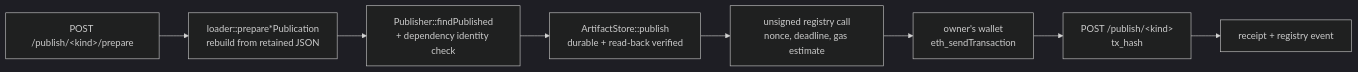
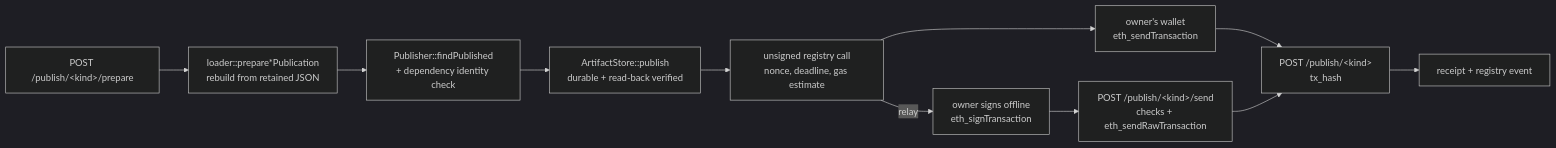
The diagram in src/publish/README.md (decentralised-art/chain-backend), drawn with Mermaid (dark theme) before and after one commit. The commit also changed other lines of this file and 22 other files, not shown here.

````diff
--- a/src/publish/README.md
+++ b/src/publish/README.md
@@ -9,10 +9,13 @@
 ```mermaid
 flowchart LR
     Prepare["POST /publish/&lt;kind&gt;/prepare"] --> Rebuild["loader::prepare*Publication<br/>rebuild from retained JSON"]
     Rebuild --> Check["Publisher::findPublished<br/>+ dependency identity check"]
     Check --> Upload["ArtifactStore::publish<br/>durable + read-back verified"]
     Upload --> Tx["unsigned registry call<br/>nonce, deadline, gas estimate"]
     Tx --> Wallet["owner's wallet<br/>eth_sendTransaction"]
+    Tx -->|relay| Sign["owner signs offline<br/>eth_signTransaction"]
+    Sign --> Send["POST /publish/&lt;kind&gt;/send<br/>checks + eth_sendRawTransaction"]
     Wallet --> Confirm["POST /publish/&lt;kind&gt;<br/>tx_hash"]
+    Send --> Confirm
     Confirm --> Receipt["receipt + registry event"]
 ```
````
